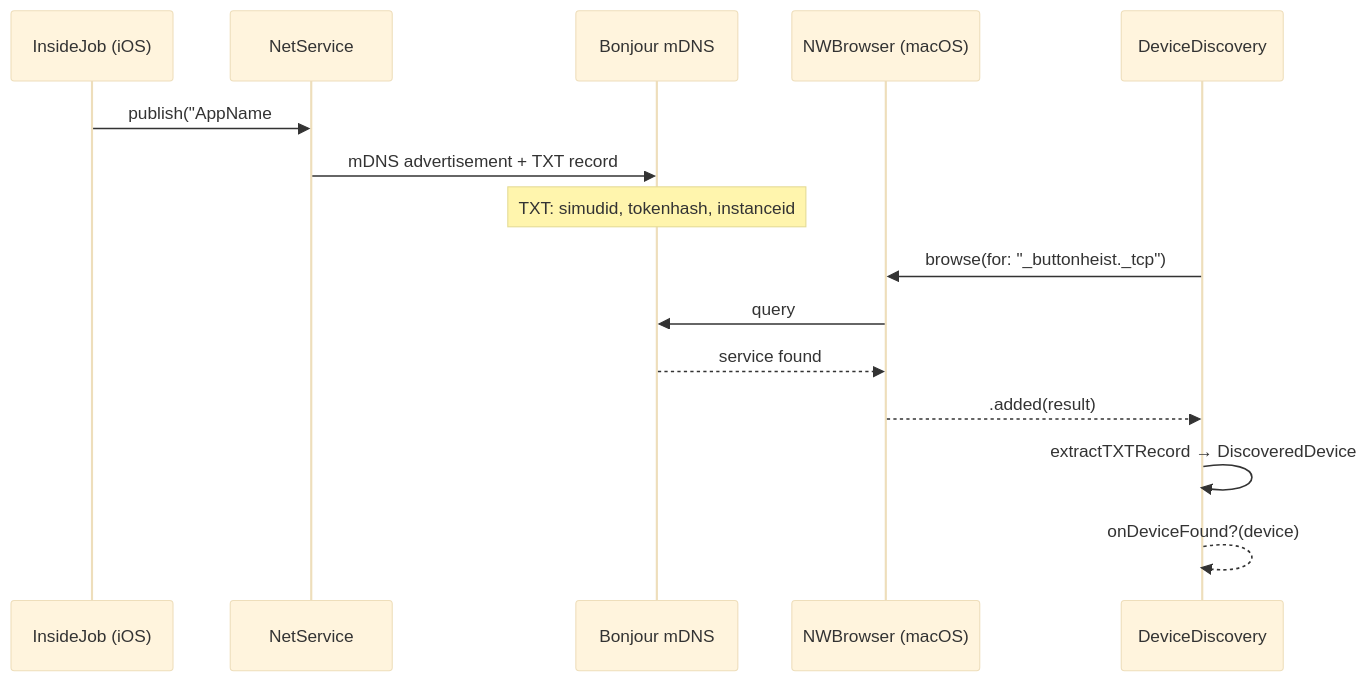
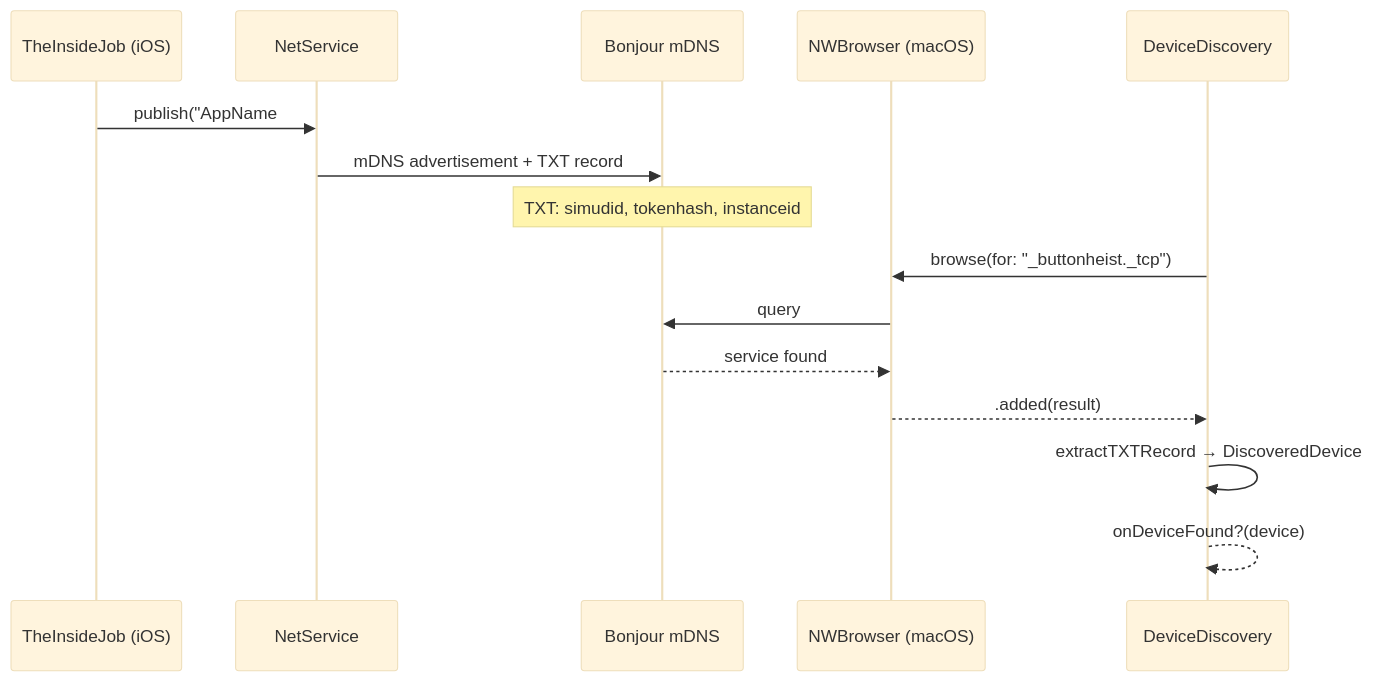
One commit to RoyalPineapple/TheButtonHeist changed the second of 5 diagrams in docs/dossiers/08-WHEELMAN.md. Above: the diagram before and after it, drawn with Mermaid (base theme). The commit also changed other lines of this file and 66 other files, not shown here.

Commit message:
Rename InsideJob to TheInsideJob (framework and class only)

````diff
--- a/docs/dossiers/08-WHEELMAN.md
+++ b/docs/dossiers/08-WHEELMAN.md
@@ -54,19 +54,19 @@
 ```mermaid
 sequenceDiagram
-    participant IJ as InsideJob (iOS)
+    participant IJ as TheInsideJob (iOS)
     participant NS as NetService
     participant Bonjour as Bonjour mDNS
     participant NWB as NWBrowser (macOS)
     participant DD as DeviceDiscovery
 
     IJ->>NS: publish("AppName#instanceId", "_buttonheist._tcp", port)
     NS->>Bonjour: mDNS advertisement + TXT record
     Note over Bonjour: TXT: simudid, tokenhash, instanceid
 
     DD->>NWB: browse(for: "_buttonheist._tcp")
     NWB->>Bonjour: query
     Bonjour-->>NWB: service found
     NWB-->>DD: .added(result)
     DD->>DD: extractTXTRecord → DiscoveredDevice
     DD-->>DD: onDeviceFound?(device)
 ```
````
